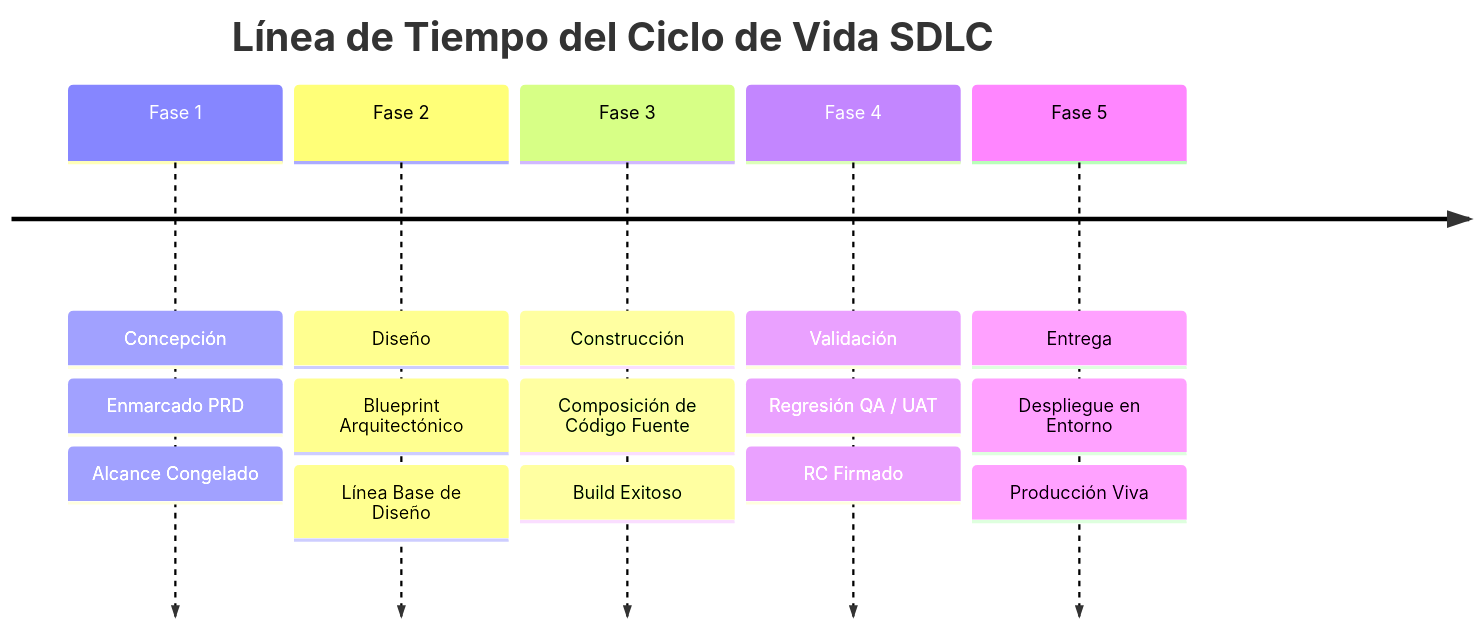
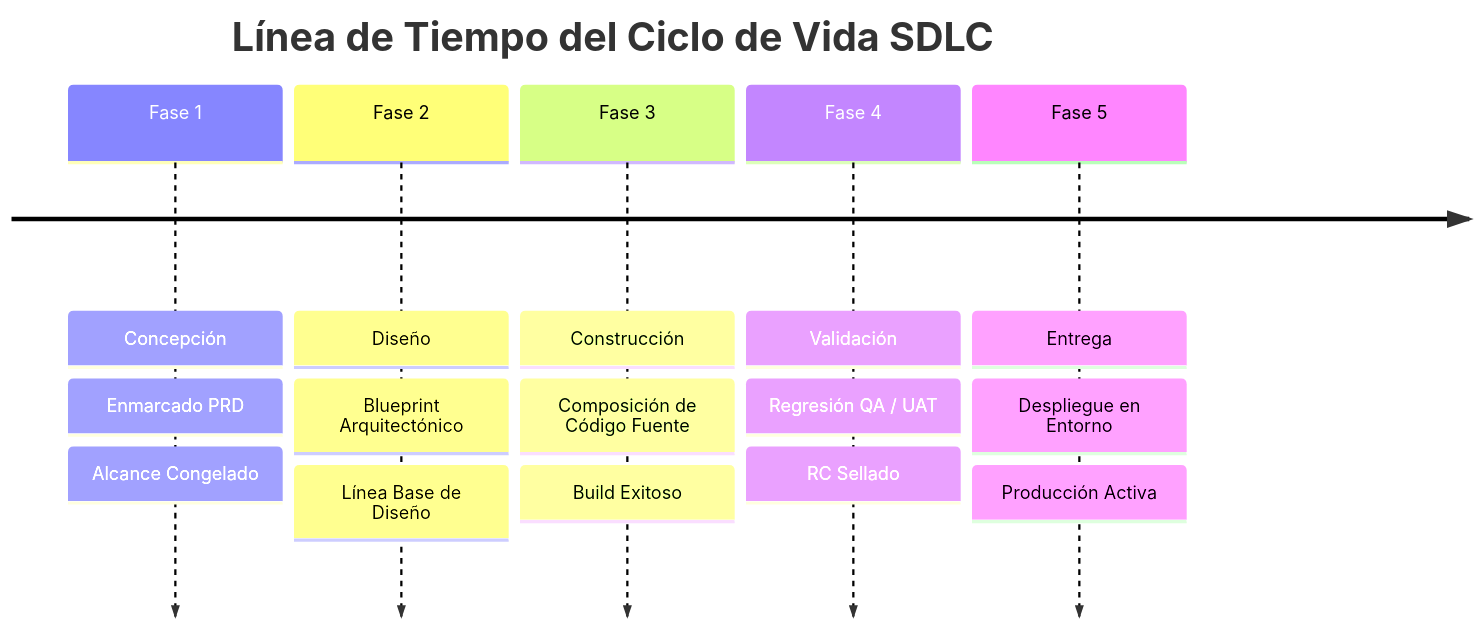
Before and after one commit to beyondnetcode/evolith_arch32: the first of 2 diagrams in reference/governance/sdlc/02-engineering/construction-focused-sdlc-framework.es.md, drawn with Mermaid. The commit also changed other lines of this file, not shown here.

````diff
--- a/reference/governance/sdlc/02-engineering/construction-focused-sdlc-framework.es.md
+++ b/reference/governance/sdlc/02-engineering/construction-focused-sdlc-framework.es.md
@@ -20,9 +20,9 @@
 ```mermaid
 timeline
  title Línea de Tiempo del Ciclo de Vida SDLC
  Fase 1: Concepción : Enmarcado PRD : Alcance Congelado
  Fase 2: Diseño : Blueprint Arquitectónico : Línea Base de Diseño
  Fase 3: Construcción : Composición de Código Fuente : Build Exitoso
- Fase 4: Validación : Regresión QA / UAT : RC Firmado
- Fase 5: Entrega : Despliegue en Entorno : Producción Viva
+ Fase 4: Validación : Regresión QA / UAT : RC Sellado
+ Fase 5: Entrega : Despliegue en Entorno : Producción Activa
 ```
````
